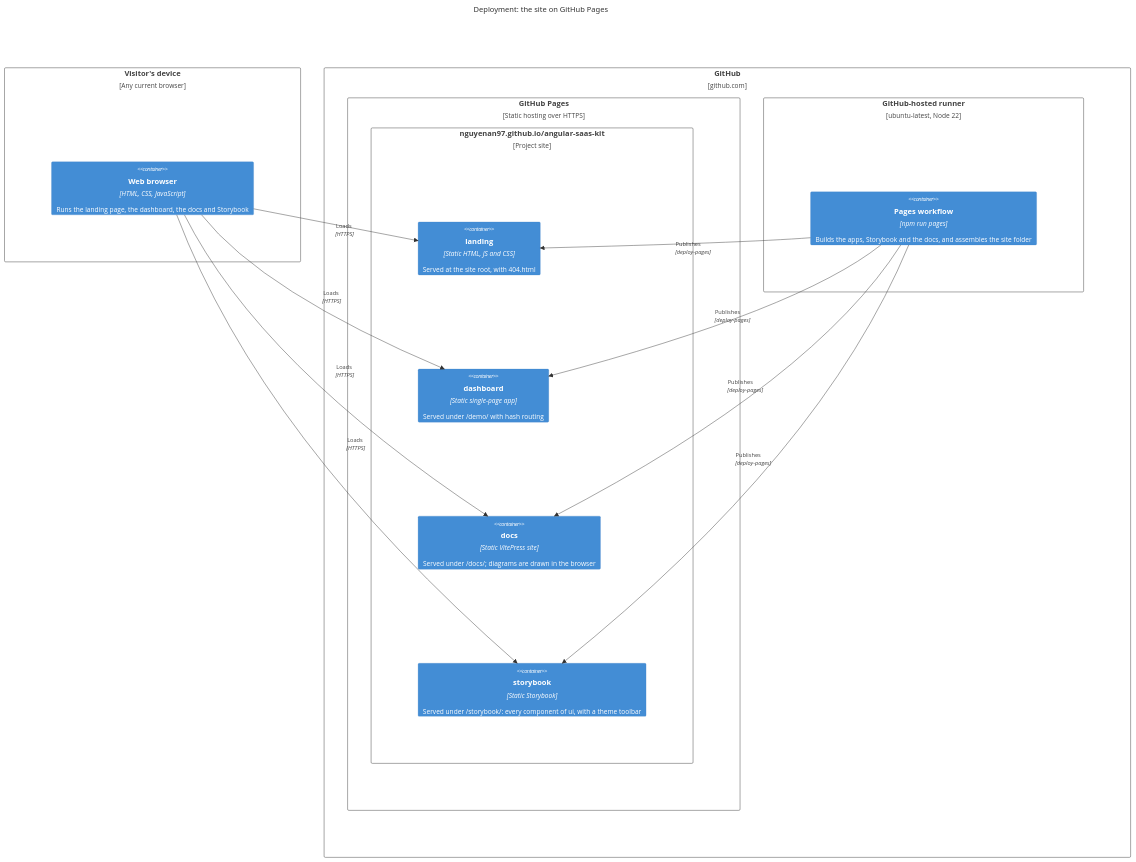
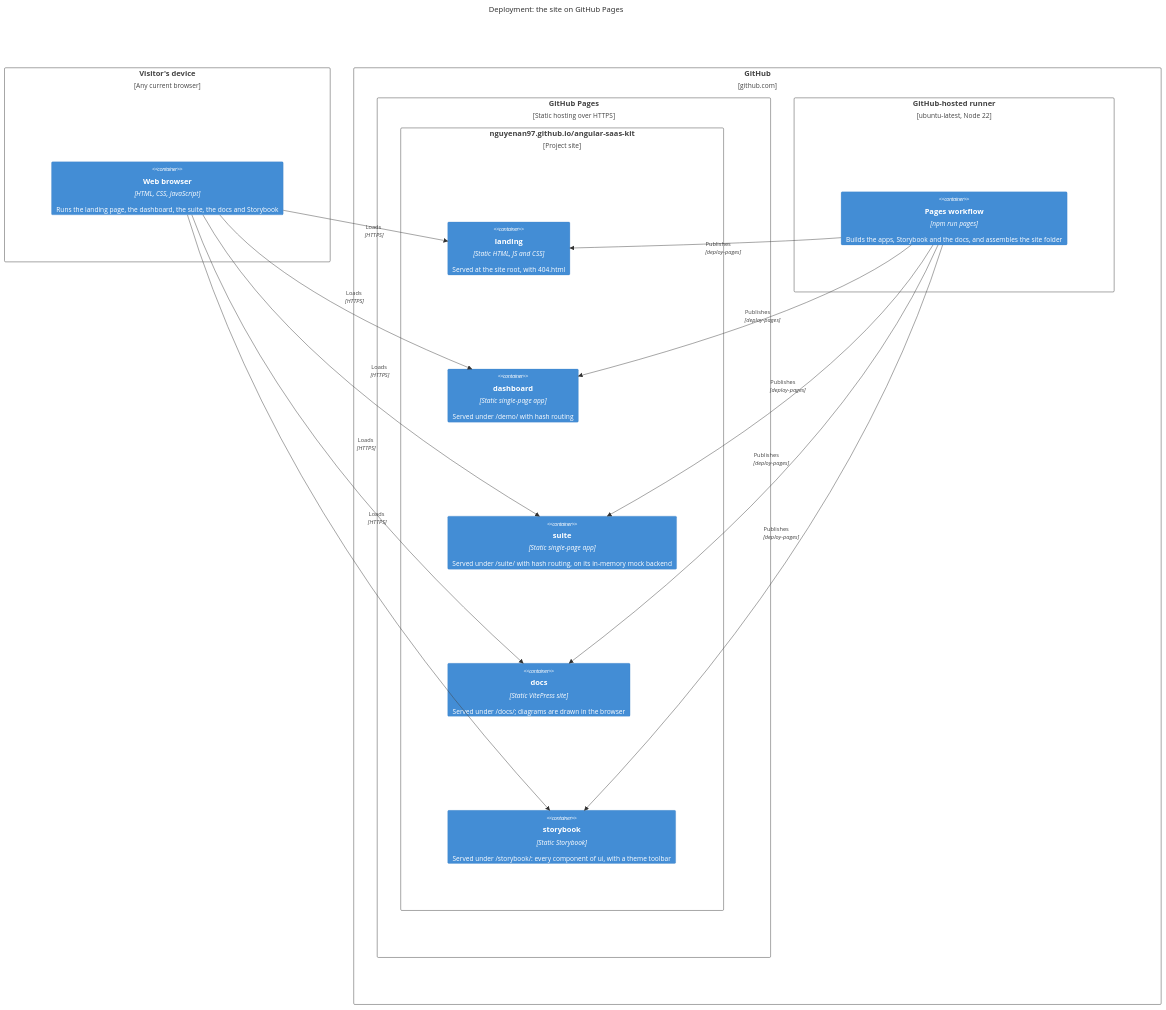
One commit to nguyenan97/angular-saas-kit changed the first of 3 diagrams in docs/architecture/c4-deployment.md. Above: the diagram before and after it, drawn with Mermaid. The commit also changed other lines of this file and 34 other files, not shown here.

First line of the commit message:
feat(suite): add BDD browser tests, the Pages build and the suite guide (#108)

````diff
--- a/docs/architecture/c4-deployment.md
+++ b/docs/architecture/c4-deployment.md
@@ -14,32 +14,35 @@
 ```mermaid
 %%{init: {"c4": {"c4ShapeMargin": 100}}}%%
 C4Deployment
   title Deployment: the site on GitHub Pages
 
   Deployment_Node(device, "Visitor's device", "Any current browser") {
-    Container(browser, "Web browser", "HTML, CSS, JavaScript", "Runs the landing page, the dashboard, the docs and Storybook")
+    Container(browser, "Web browser", "HTML, CSS, JavaScript", "Runs the landing page, the dashboard, the suite, the docs and Storybook")
   }
 
   Deployment_Node(gh, "GitHub", "github.com") {
     Deployment_Node(pages, "GitHub Pages", "Static hosting over HTTPS") {
       Deployment_Node(site, "nguyenan97.github.io/angular-saas-kit", "Project site") {
         Container(landing, "landing", "Static HTML, JS and CSS", "Served at the site root, with 404.html")
         Container(dashboard, "dashboard", "Static single-page app", "Served under /demo/ with hash routing")
+        Container(suite, "suite", "Static single-page app", "Served under /suite/ with hash routing, on its in-memory mock backend")
         Container(docs, "docs", "Static VitePress site", "Served under /docs/; diagrams are drawn in the browser")
         Container(storybook, "storybook", "Static Storybook", "Served under /storybook/: every component of ui, with a theme toolbar")
       }
     }
     Deployment_Node(runner, "GitHub-hosted runner", "ubuntu-latest, Node 22") {
       Container(build, "Pages workflow", "npm run pages", "Builds the apps, Storybook and the docs, and assembles the site folder")
     }
   }
 
   Rel(browser, landing, "Loads", "HTTPS")
   Rel(browser, dashboard, "Loads", "HTTPS")
+  Rel(browser, suite, "Loads", "HTTPS")
   Rel(browser, docs, "Loads", "HTTPS")
   Rel(browser, storybook, "Loads", "HTTPS")
   Rel(build, landing, "Publishes", "deploy-pages")
   Rel(build, dashboard, "Publishes", "deploy-pages")
+  Rel(build, suite, "Publishes", "deploy-pages")
   Rel(build, docs, "Publishes", "deploy-pages")
   Rel(build, storybook, "Publishes", "deploy-pages")
 ```
````
